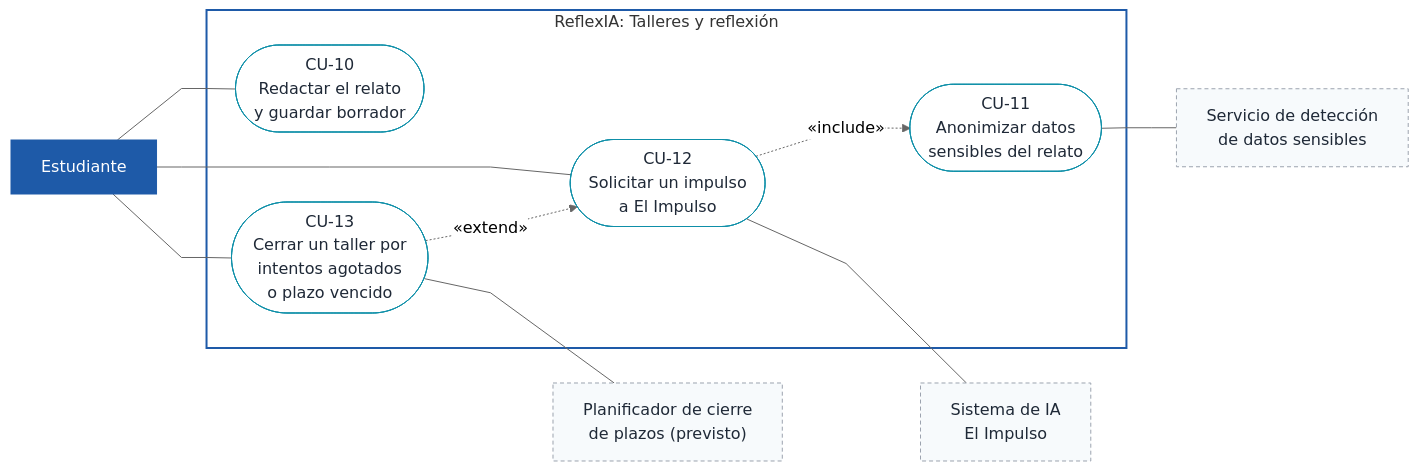
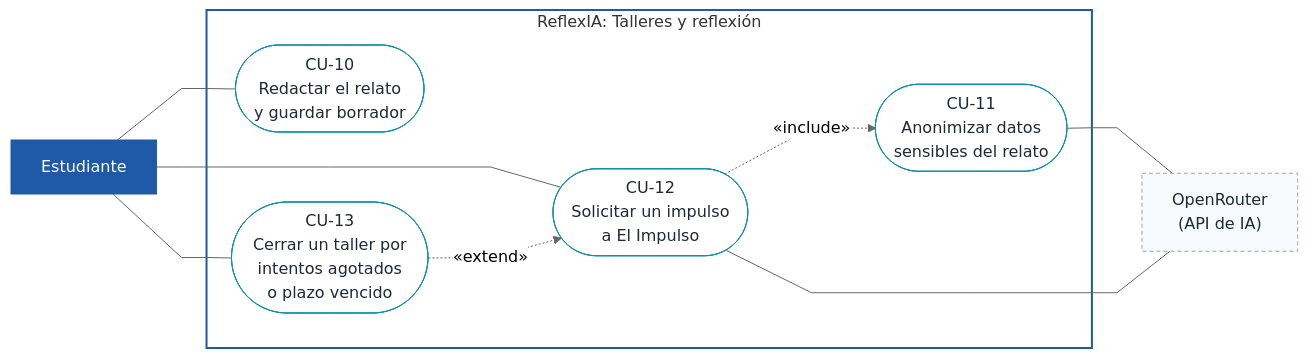
Before and after one commit to gvbr-iel/reflexIA: the fourth of 7 diagrams in docs/especificacion/09-diagramas-casos-de-uso.md, drawn with Mermaid. The commit also changed other lines of this file and 21 other files, not shown here.

````diff
--- a/docs/especificacion/09-diagramas-casos-de-uso.md
+++ b/docs/especificacion/09-diagramas-casos-de-uso.md
@@ -142,29 +148,26 @@
 ```mermaid
 %%{init: {"theme":"neutral","flowchart":{"curve":"linear"}}}%%
 flowchart LR
   est["Estudiante"]:::actor
-  ia["Sistema de IA<br/>El Impulso"]:::ext
-  det["Servicio de detección<br/>de datos sensibles"]:::ext
-  plan["Planificador de cierre<br/>de plazos (previsto)"]:::ext
+  ia["OpenRouter<br/>(API de IA)"]:::ext
 
   subgraph SIS["ReflexIA: Talleres y reflexión"]
     CU10(["CU-10<br/>Redactar el relato<br/>y guardar borrador"]):::uc
     CU11(["CU-11<br/>Anonimizar datos<br/>sensibles del relato"]):::uc
     CU12(["CU-12<br/>Solicitar un impulso<br/>a El Impulso"]):::uc
     CU13(["CU-13<br/>Cerrar un taller por<br/>intentos agotados<br/>o plazo vencido"]):::uc
   end
 
   est --- CU10
   est --- CU12
   est --- CU13
   CU12 -. "«include»" .-> CU11
   CU13 -. "«extend»" .-> CU12
-  CU11 --- det
+  CU11 --- ia
   CU12 --- ia
-  CU13 --- plan
 
   style SIS fill:none,stroke:#1E5AA8,stroke-width:2px
   classDef actor fill:#1E5AA8,stroke:#1E5AA8,color:#ffffff;
   classDef ext fill:#F7FAFC,stroke:#9CA3AF,color:#1F2937,stroke-dasharray:4 3;
   classDef uc fill:#ffffff,stroke:#0F8FA8,color:#1F2937;
 ```
````
